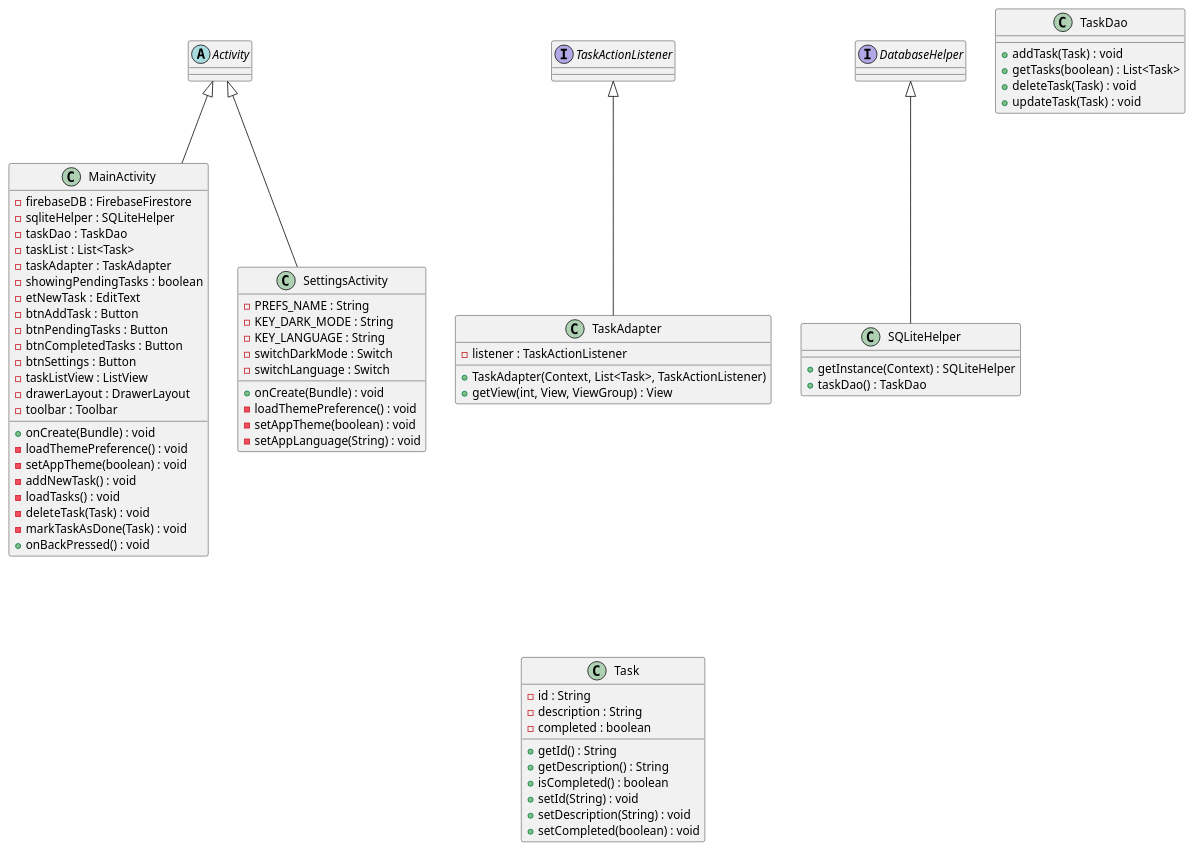
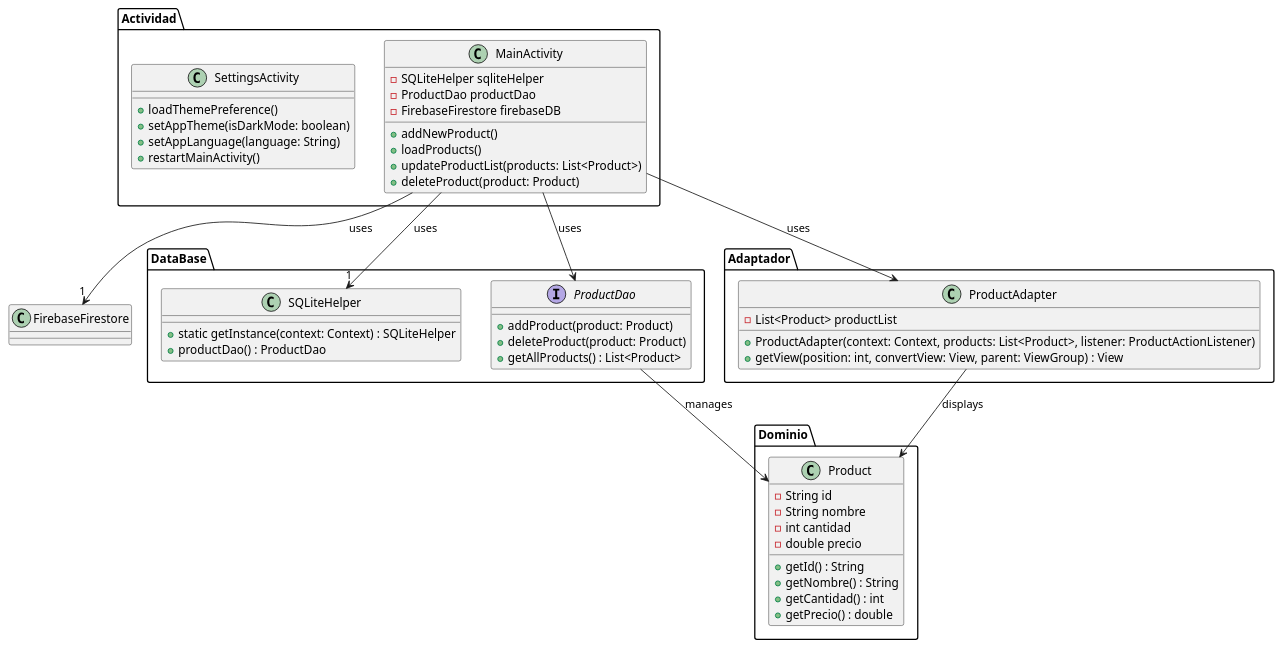
One commit to Jaime-Lopez-Diaz-Parcial-1-Eventos/Ejercicio-2-lista-compra changed the diagram in app/src/main/java/uml/UMLClases.puml. Above: the diagram before and after it, drawn with PlantUML. The commit also changed 3 other files, not shown here.

```diff
--- a/app/src/main/java/uml/UMLClases.puml
+++ b/app/src/main/java/uml/UMLClases.puml
@@ -1,81 +1,63 @@
 @startuml
 
-abstract class Activity
-interface TaskActionListener
-interface DatabaseHelper
-
-TaskActionListener <|-- TaskAdapter
-Activity <|-- MainActivity
-Activity <|-- SettingsActivity
-DatabaseHelper <|-- SQLiteHelper
-
-class MainActivity {
-    - firebaseDB : FirebaseFirestore
-    - sqliteHelper : SQLiteHelper
-    - taskDao : TaskDao
-    - taskList : List<Task>
-    - taskAdapter : TaskAdapter
-    - showingPendingTasks : boolean
-    - etNewTask : EditText
-    - btnAddTask : Button
-    - btnPendingTasks : Button
-    - btnCompletedTasks : Button
-    - btnSettings : Button
-    - taskListView : ListView
-    - drawerLayout : DrawerLayout
-    - toolbar : Toolbar
-    + onCreate(Bundle) : void
-    - loadThemePreference() : void
-    - setAppTheme(boolean) : void
-    - addNewTask() : void
-    - loadTasks() : void
-    - deleteTask(Task) : void
-    - markTaskAsDone(Task) : void
-    + onBackPressed() : void
+package "Dominio" {
+    class Product {
+        - String id
+        - String nombre
+        - int cantidad
+        - double precio
+        + getId() : String
+        + getNombre() : String
+        + getCantidad() : int
+        + getPrecio() : double
+    }
 }
 
-class SettingsActivity {
-    - PREFS_NAME : String
-    - KEY_DARK_MODE : String
-    - KEY_LANGUAGE : String
-    - switchDarkMode : Switch
-    - switchLanguage : Switch
-    + onCreate(Bundle) : void
-    - loadThemePreference() : void
-    - setAppTheme(boolean) : void
-    - setAppLanguage(String) : void
+package "DataBase" {
+    class SQLiteHelper {
+        + static getInstance(context: Context) : SQLiteHelper
+        + productDao() : ProductDao
+    }
+
+    interface ProductDao {
+        + addProduct(product: Product)
+        + deleteProduct(product: Product)
+        + getAllProducts() : List<Product>
+    }
 }
 
-class TaskAdapter {
-    - listener : TaskActionListener
-    + TaskAdapter(Context, List<Task>, TaskActionListener)
-    + getView(int, View, ViewGroup) : View
+package "Actividad" {
+    class MainActivity {
+        - SQLiteHelper sqliteHelper
+        - ProductDao productDao
+        - FirebaseFirestore firebaseDB
+        + addNewProduct()
+        + loadProducts()
+        + updateProductList(products: List<Product>)
+        + deleteProduct(product: Product)
+    }
+
+    class SettingsActivity {
+        + loadThemePreference()
+        + setAppTheme(isDarkMode: boolean)
+        + setAppLanguage(language: String)
+        + restartMainActivity()
+    }
 }
 
-class SQLiteHelper {
-    + getInstance(Context) : SQLiteHelper
-    + taskDao() : TaskDao
+package "Adaptador" {
+    class ProductAdapter {
+        - List<Product> productList
+        + ProductAdapter(context: Context, products: List<Product>, listener: ProductActionListener)
+        + getView(position: int, convertView: View, parent: ViewGroup) : View
+    }
 }
 
-class TaskDao {
-    + addTask(Task) : void
-    + getTasks(boolean) : List<Task>
-    + deleteTask(Task) : void
-    + updateTask(Task) : void
-}
-
-class Task {
-    - id : String
-    - description : String
-    - completed : boolean
-    + getId() : String
-    + getDescription() : String
-    + isCompleted() : boolean
-    + setId(String) : void
-    + setDescription(String) : void
-    + setCompleted(boolean) : void
-}
-
-TaskAdapter -[HIDDEN]--> Task
+MainActivity --> "1" SQLiteHelper : uses
+MainActivity --> "1" FirebaseFirestore : uses
+MainActivity --> ProductDao : uses
+MainActivity --> ProductAdapter : uses
+ProductDao --> Product : manages
+ProductAdapter --> Product : displays
 
 @enduml
```
